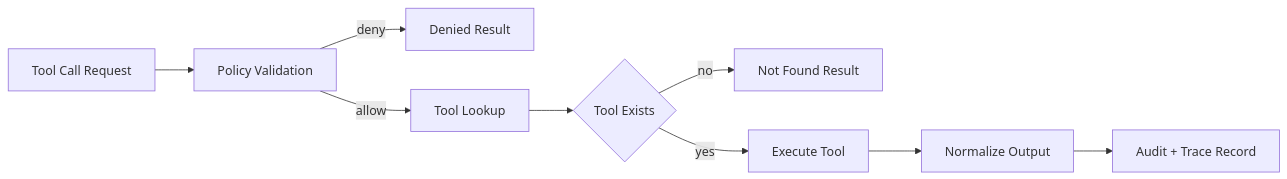
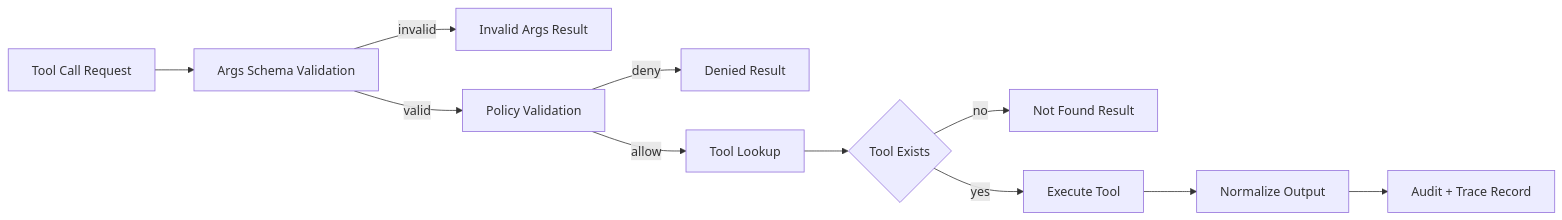
One commit to zhumengzhu/HarnessLab changed the first of 2 diagrams in docs/architecture/tool-runtime.md. Above: the diagram before and after it, drawn with Mermaid. The commit also changed other lines of this file and 6 other files, not shown here.

First line of the commit message:
feat(tools): wire args_schema into runtime validation before policy

````diff
--- a/docs/architecture/tool-runtime.md
+++ b/docs/architecture/tool-runtime.md
@@ -10,11 +10,13 @@
 ```mermaid
 flowchart LR
-    ToolCallRequest[Tool Call Request] --> PolicyCheck[Policy Validation]
+    ToolCallRequest[Tool Call Request] --> SchemaCheck[Args Schema Validation]
+    SchemaCheck -->|invalid| InvalidArgsResult[Invalid Args Result]
+    SchemaCheck -->|valid| PolicyCheck[Policy Validation]
     PolicyCheck -->|deny| DeniedResult[Denied Result]
     PolicyCheck -->|allow| ToolLookup[Tool Lookup]
     ToolLookup --> ToolFound{Tool Exists}
     ToolFound -->|no| NotFoundResult[Not Found Result]
     ToolFound -->|yes| ExecuteTool[Execute Tool]
     ExecuteTool --> NormalizeResult[Normalize Output]
     NormalizeResult --> AuditTrace[Audit + Trace Record]
 ```
````
